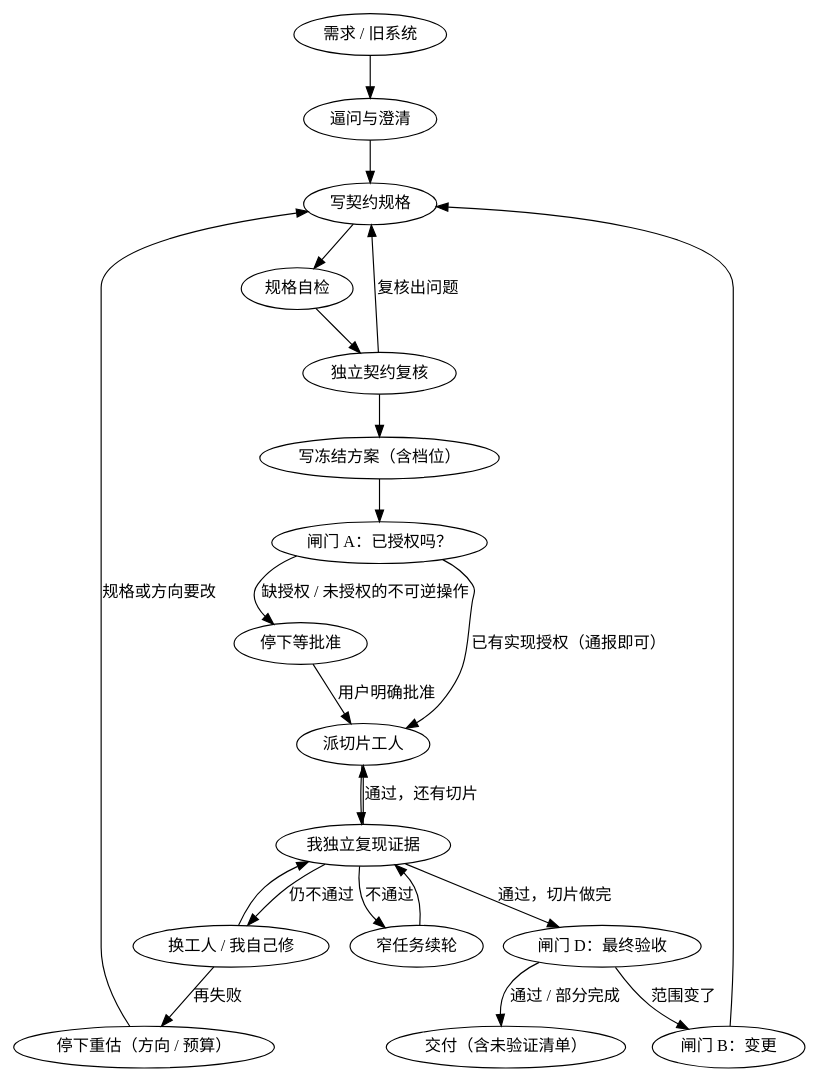
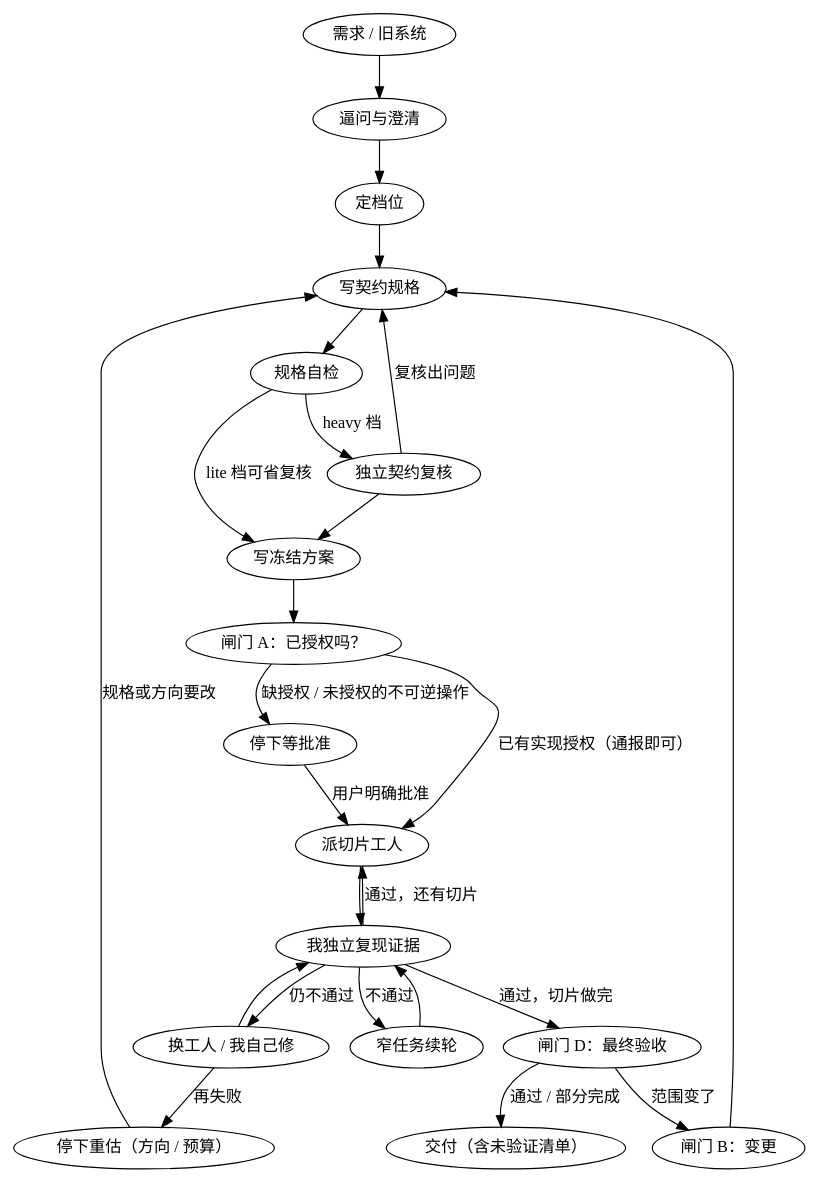
Before and after one commit to Leexunhuan743/orchestrated-build: the diagram in SKILL.md, drawn with Graphviz. The commit also changed 4 other files, not shown here.

````diff
--- a/SKILL.md
+++ b/SKILL.md
@@ -26,26 +26,28 @@
 ```dot
 digraph loop {
   "需求 / 旧系统" -> "逼问与澄清";
-  "逼问与澄清" -> "写契约规格";
+  "逼问与澄清" -> "定档位";
+  "定档位" -> "写契约规格";
   "写契约规格" -> "规格自检";
-  "规格自检" -> "独立契约复核";
-  "独立契约复核" -> "写冻结方案（含档位）";
+  "规格自检" -> "独立契约复核" [label="heavy 档"];
+  "规格自检" -> "写冻结方案" [label="lite 档可省复核"];
+  "独立契约复核" -> "写冻结方案";
   "独立契约复核" -> "写契约规格" [label="复核出问题"];
-  "写冻结方案（含档位）" -> "闸门 A：已授权吗？";
+  "写冻结方案" -> "闸门 A：已授权吗？";
   "闸门 A：已授权吗？" -> "停下等批准" [label="缺授权 / 未授权的不可逆操作"];
   "停下等批准" -> "派切片工人" [label="用户明确批准"];
   "闸门 A：已授权吗？" -> "派切片工人" [label="已有实现授权（通报即可）"];
   "派切片工人" -> "我独立复现证据";
   "我独立复现证据" -> "窄任务续轮" [label="不通过"];
   "窄任务续轮" -> "我独立复现证据";
   "我独立复现证据" -> "换工人 / 我自己修" [label="仍不通过"];
   "换工人 / 我自己修" -> "我独立复现证据";
   "换工人 / 我自己修" -> "停下重估（方向 / 预算）" [label="再失败"];
   "停下重估（方向 / 预算）" -> "写契约规格" [label="规格或方向要改"];
   "我独立复现证据" -> "派切片工人" [label="通过，还有切片"];
   "我独立复现证据" -> "闸门 D：最终验收" [label="通过，切片做完"];
   "闸门 D：最终验收" -> "闸门 B：变更" [label="范围变了"];
   "闸门 B：变更" -> "写契约规格";
   "闸门 D：最终验收" -> "交付（含未验证清单）" [label="通过 / 部分完成"];
 }
 ```
````
